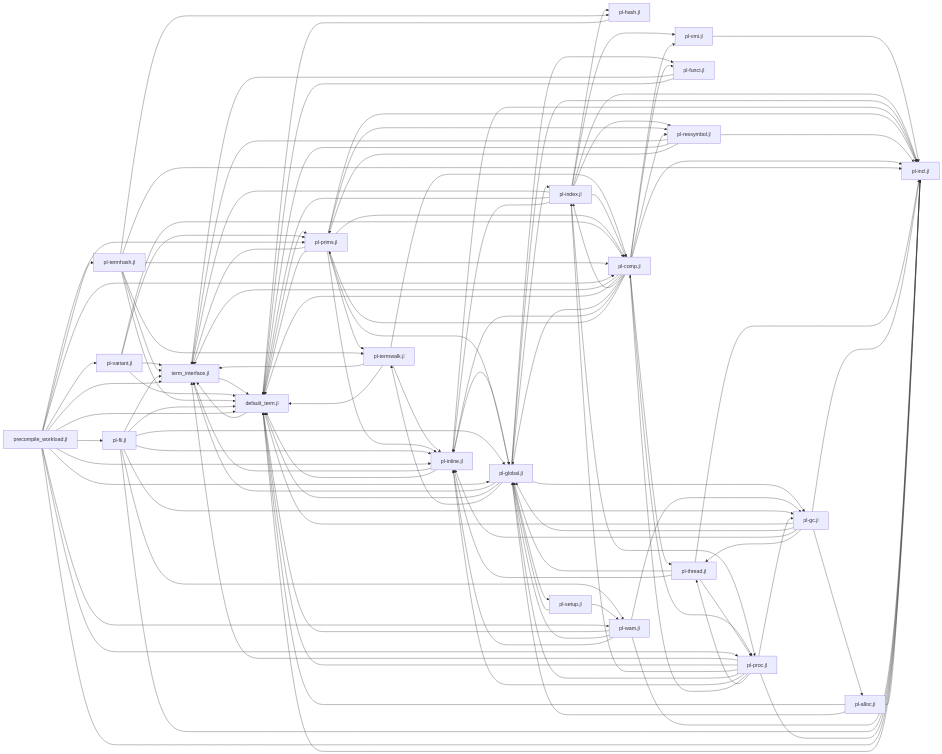
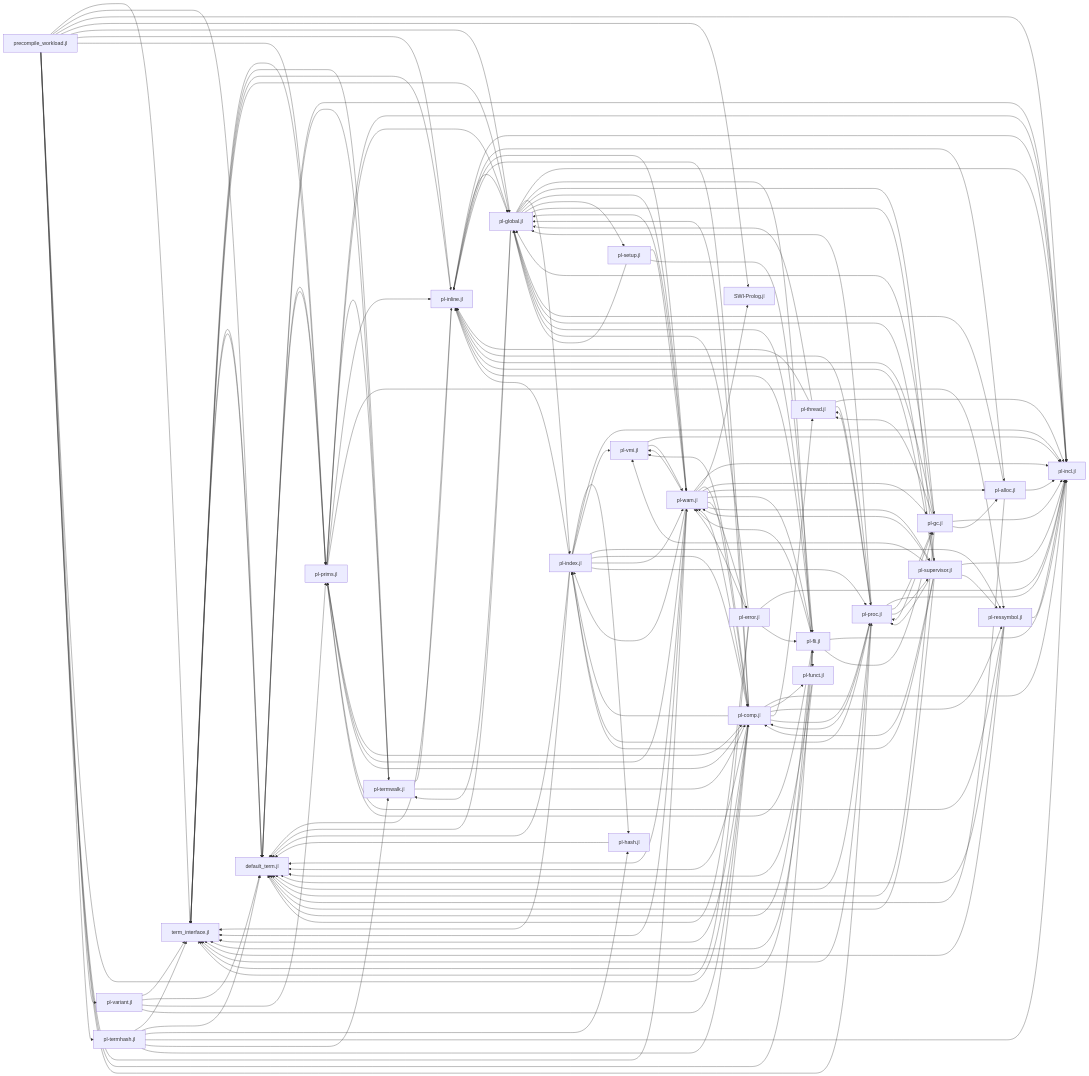
One commit to CognitiveSubstratesAI/LogicKernel changed the first of 2 diagrams in docs/architecture.md. Above: the diagram before and after it, drawn with Mermaid. The commit also changed other lines of this file and 38 other files, not shown here.

```diff
--- a/docs/architecture.md
+++ b/docs/architecture.md
@@ -277,6 +283,7 @@
     default_term["default_term.jl"]
     pl_hash["pl-hash.jl"]
     pl_incl["pl-incl.jl"]
+    SWI_Prolog["SWI-Prolog.jl"]
     pl_termwalk["pl-termwalk.jl"]
     pl_vmi["pl-vmi.jl"]
     pl_index["pl-index.jl"]
@@ -293,8 +300,10 @@
     pl_alloc["pl-alloc.jl"]
     pl_wam["pl-wam.jl"]
     pl_fli["pl-fli.jl"]
+    pl_error["pl-error.jl"]
     pl_setup["pl-setup.jl"]
     pl_proc["pl-proc.jl"]
+    pl_supervisor["pl-supervisor.jl"]
     precompile_workload["precompile_workload.jl"]
     term_interface --> default_term
     default_term --> term_interface
@@ -306,6 +315,7 @@
     pl_termwalk --> pl_inline
     pl_termwalk --> pl_comp
     pl_vmi --> pl_incl
+    pl_vmi --> pl_wam
     pl_index --> term_interface
     pl_index --> default_term
     pl_index --> pl_hash
@@ -314,6 +324,7 @@
     pl_index --> pl_inline
     pl_index --> pl_ressymbol
     pl_index --> pl_comp
+    pl_index --> pl_wam
     pl_index --> pl_proc
     pl_funct --> term_interface
     pl_funct --> default_term
@@ -324,11 +335,14 @@
     pl_global --> pl_index
     pl_global --> pl_funct
     pl_global --> pl_gc
+    pl_global --> pl_wam
     pl_global --> pl_setup
+    pl_global --> pl_supervisor
     pl_inline --> term_interface
     pl_inline --> default_term
     pl_inline --> pl_incl
     pl_inline --> pl_global
+    pl_inline --> pl_alloc
     pl_prims --> term_interface
     pl_prims --> default_term
     pl_prims --> pl_incl
@@ -352,6 +366,7 @@
     pl_comp --> pl_prims
     pl_comp --> pl_ressymbol
     pl_comp --> pl_thread
+    pl_comp --> pl_wam
     pl_comp --> pl_proc
     pl_variant --> term_interface
     pl_variant --> default_term
@@ -373,23 +388,42 @@
     pl_gc --> pl_inline
     pl_gc --> pl_thread
     pl_gc --> pl_alloc
+    pl_gc --> pl_proc
     pl_alloc --> default_term
     pl_alloc --> pl_incl
     pl_alloc --> pl_global
+    pl_wam --> term_interface
     pl_wam --> default_term
     pl_wam --> pl_incl
+    pl_wam --> SWI_Prolog
+    pl_wam --> pl_vmi
+    pl_wam --> pl_index
     pl_wam --> pl_global
     pl_wam --> pl_inline
+    pl_wam --> pl_prims
+    pl_wam --> pl_comp
     pl_wam --> pl_gc
+    pl_wam --> pl_alloc
+    pl_wam --> pl_fli
+    pl_wam --> pl_error
+    pl_wam --> pl_supervisor
     pl_fli --> term_interface
     pl_fli --> default_term
     pl_fli --> pl_incl
     pl_fli --> pl_global
     pl_fli --> pl_inline
+    pl_fli --> pl_prims
     pl_fli --> pl_gc
     pl_fli --> pl_wam
+    pl_error --> term_interface
+    pl_error --> default_term
+    pl_error --> pl_incl
+    pl_error --> pl_global
+    pl_error --> pl_wam
+    pl_error --> pl_fli
     pl_setup --> pl_global
     pl_setup --> pl_wam
+    pl_setup --> pl_fli
     pl_proc --> term_interface
     pl_proc --> default_term
     pl_proc --> pl_incl
@@ -399,9 +433,21 @@
     pl_proc --> pl_comp
     pl_proc --> pl_thread
     pl_proc --> pl_gc
+    pl_proc --> pl_supervisor
+    pl_supervisor --> default_term
+    pl_supervisor --> pl_incl
+    pl_supervisor --> pl_vmi
+    pl_supervisor --> pl_index
+    pl_supervisor --> pl_global
+    pl_supervisor --> pl_inline
+    pl_supervisor --> pl_ressymbol
+    pl_supervisor --> pl_comp
+    pl_supervisor --> pl_wam
+    pl_supervisor --> pl_proc
     precompile_workload --> term_interface
     precompile_workload --> default_term
     precompile_workload --> pl_incl
+    precompile_workload --> SWI_Prolog
     precompile_workload --> pl_global
     precompile_workload --> pl_inline
     precompile_workload --> pl_prims
```
